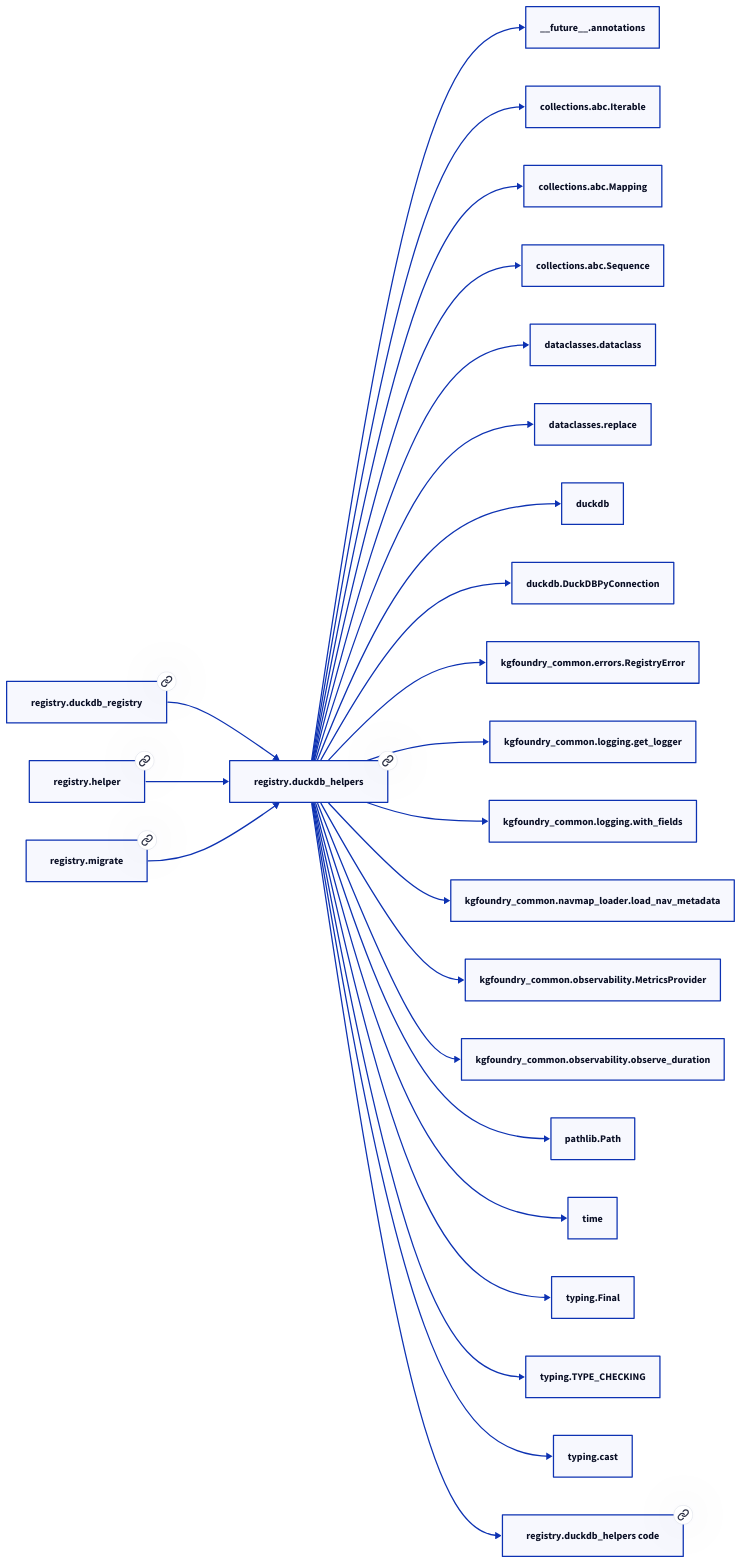
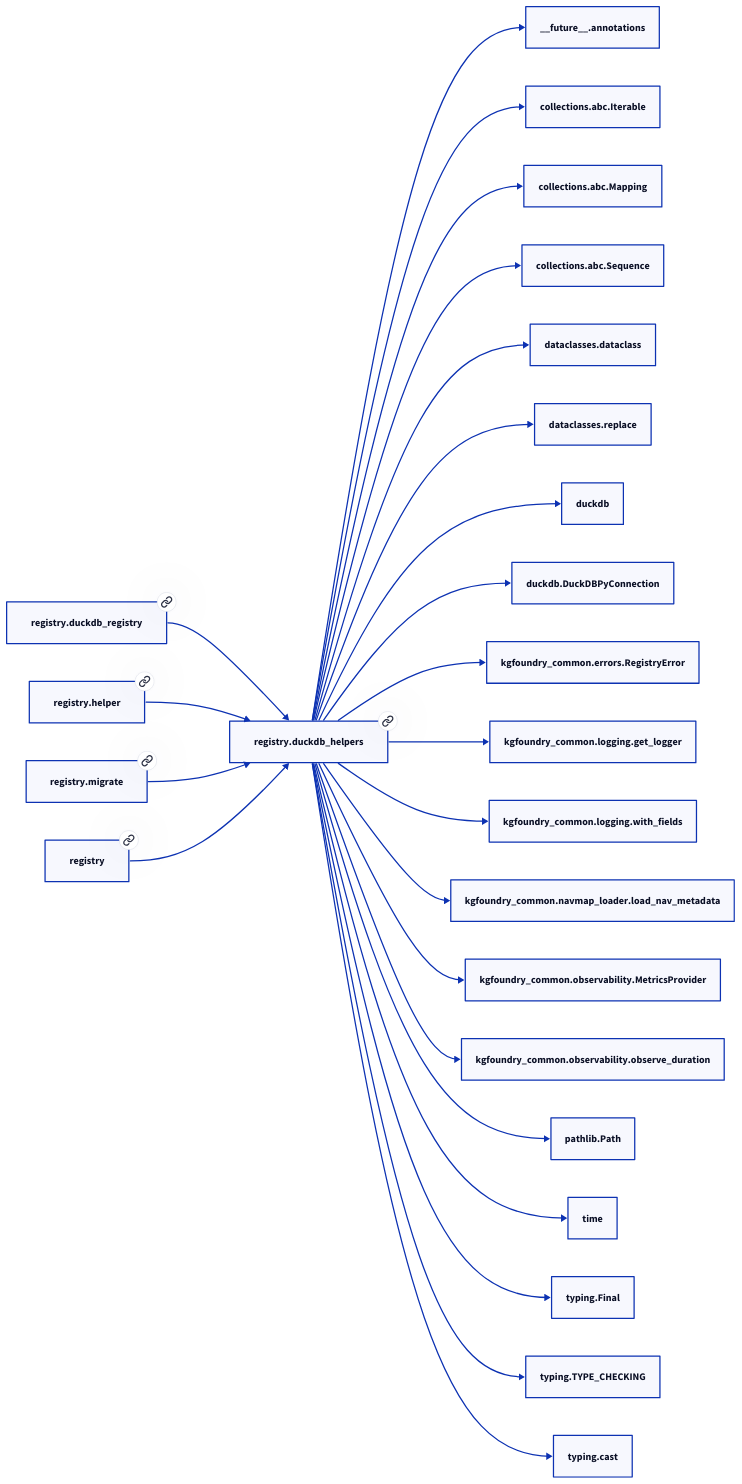
One commit to paul-heyse/kgforge changed the second of 2 diagrams in docs/modules/registry/duckdb_helpers.md. Above: the diagram before and after it, drawn with D2. The commit also changed other lines of this file and 208 other files, not shown here.

````diff
--- a/docs/modules/registry/duckdb_helpers.md
+++ b/docs/modules/registry/duckdb_helpers.md
@@ -83,50 +87,50 @@
 ```d2
 direction: right
-"registry.duckdb_helpers": "registry.duckdb_helpers" { link: "./registry/duckdb_helpers.md" }
+"registry.duckdb_helpers": "registry.duckdb_helpers" { link: "https://github.com/paul-heyse/kgfoundry/blob/main/src/registry/duckdb_helpers.py" }
 "__future__.annotations": "__future__.annotations"
 "registry.duckdb_helpers" -> "__future__.annotations"
 "collections.abc.Iterable": "collections.abc.Iterable"
 "registry.duckdb_helpers" -> "collections.abc.Iterable"
 "collections.abc.Mapping": "collections.abc.Mapping"
 "registry.duckdb_helpers" -> "collections.abc.Mapping"
 "collections.abc.Sequence": "collections.abc.Sequence"
 "registry.duckdb_helpers" -> "collections.abc.Sequence"
 "dataclasses.dataclass": "dataclasses.dataclass"
 "registry.duckdb_helpers" -> "dataclasses.dataclass"
 "dataclasses.replace": "dataclasses.replace"
 "registry.duckdb_helpers" -> "dataclasses.replace"
 "duckdb": "duckdb"
 "registry.duckdb_helpers" -> "duckdb"
 "duckdb.DuckDBPyConnection": "duckdb.DuckDBPyConnection"
 "registry.duckdb_helpers" -> "duckdb.DuckDBPyConnection"
 "kgfoundry_common.errors.RegistryError": "kgfoundry_common.errors.RegistryError"
 "registry.duckdb_helpers" -> "kgfoundry_common.errors.RegistryError"
 "kgfoundry_common.logging.get_logger": "kgfoundry_common.logging.get_logger"
 "registry.duckdb_helpers" -> "kgfoundry_common.logging.get_logger"
 "kgfoundry_common.logging.with_fields": "kgfoundry_common.logging.with_fields"
 "registry.duckdb_helpers" -> "kgfoundry_common.logging.with_fields"
 "kgfoundry_common.navmap_loader.load_nav_metadata": "kgfoundry_common.navmap_loader.load_nav_metadata"
 "registry.duckdb_helpers" -> "kgfoundry_common.navmap_loader.load_nav_metadata"
 "kgfoundry_common.observability.MetricsProvider": "kgfoundry_common.observability.MetricsProvider"
 "registry.duckdb_helpers" -> "kgfoundry_common.observability.MetricsProvider"
 "kgfoundry_common.observability.observe_duration": "kgfoundry_common.observability.observe_duration"
 "registry.duckdb_helpers" -> "kgfoundry_common.observability.observe_duration"
 "pathlib.Path": "pathlib.Path"
 "registry.duckdb_helpers" -> "pathlib.Path"
 "time": "time"
 "registry.duckdb_helpers" -> "time"
 "typing.Final": "typing.Final"
 "registry.duckdb_helpers" -> "typing.Final"
 "typing.TYPE_CHECKING": "typing.TYPE_CHECKING"
 "registry.duckdb_helpers" -> "typing.TYPE_CHECKING"
 "typing.cast": "typing.cast"
 "registry.duckdb_helpers" -> "typing.cast"
-"registry.duckdb_registry": "registry.duckdb_registry" { link: "./registry/duckdb_registry.md" }
+"registry.duckdb_registry": "registry.duckdb_registry" { link: "https://github.com/paul-heyse/kgfoundry/blob/main/src/registry/duckdb_registry.py" }
 "registry.duckdb_registry" -> "registry.duckdb_helpers"
-"registry.helper": "registry.helper" { link: "./registry/helper.md" }
+"registry.helper": "registry.helper" { link: "https://github.com/paul-heyse/kgfoundry/blob/main/src/registry/helper.py" }
 "registry.helper" -> "registry.duckdb_helpers"
-"registry.migrate": "registry.migrate" { link: "./registry/migrate.md" }
+"registry.migrate": "registry.migrate" { link: "https://github.com/paul-heyse/kgfoundry/blob/main/src/registry/migrate.py" }
 "registry.migrate" -> "registry.duckdb_helpers"
-"registry.duckdb_helpers_code": "registry.duckdb_helpers code" { link: "https://github.com/kgfoundry/kgfoundry/blob/main/src/registry/duckdb_helpers.py" }
-"registry.duckdb_helpers" -> "registry.duckdb_helpers_code" { style: dashed }
+"registry": "registry" { link: "https://github.com/paul-heyse/kgfoundry/blob/main/src/registry/__init__.py" }
+"registry" -> "registry.duckdb_helpers" { style: dashed }
 ```
````
